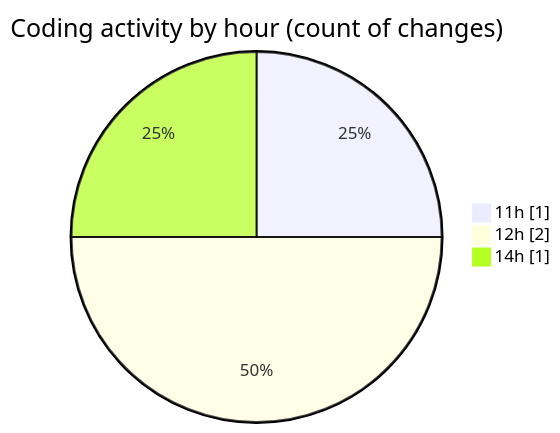
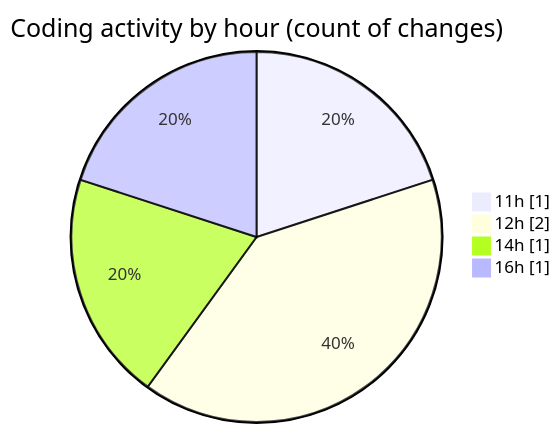
One commit to debugP/code-tracking changed the second of 2 diagrams in 2026-09-17/untitled__workspace_/README.md. Above: the diagram before and after it, drawn with Mermaid. The commit also changed other lines of this file and 1 other file, not shown here.

````diff
--- a/2026-09-17/untitled__workspace_/README.md
+++ b/2026-09-17/untitled__workspace_/README.md
@@ -31,7 +32,8 @@
 ```mermaid
 pie showData
 title Coding activity by hour (count of changes)
 "11h" : 1
 "12h" : 2
 "14h" : 1
+"16h" : 1
 ```
````
